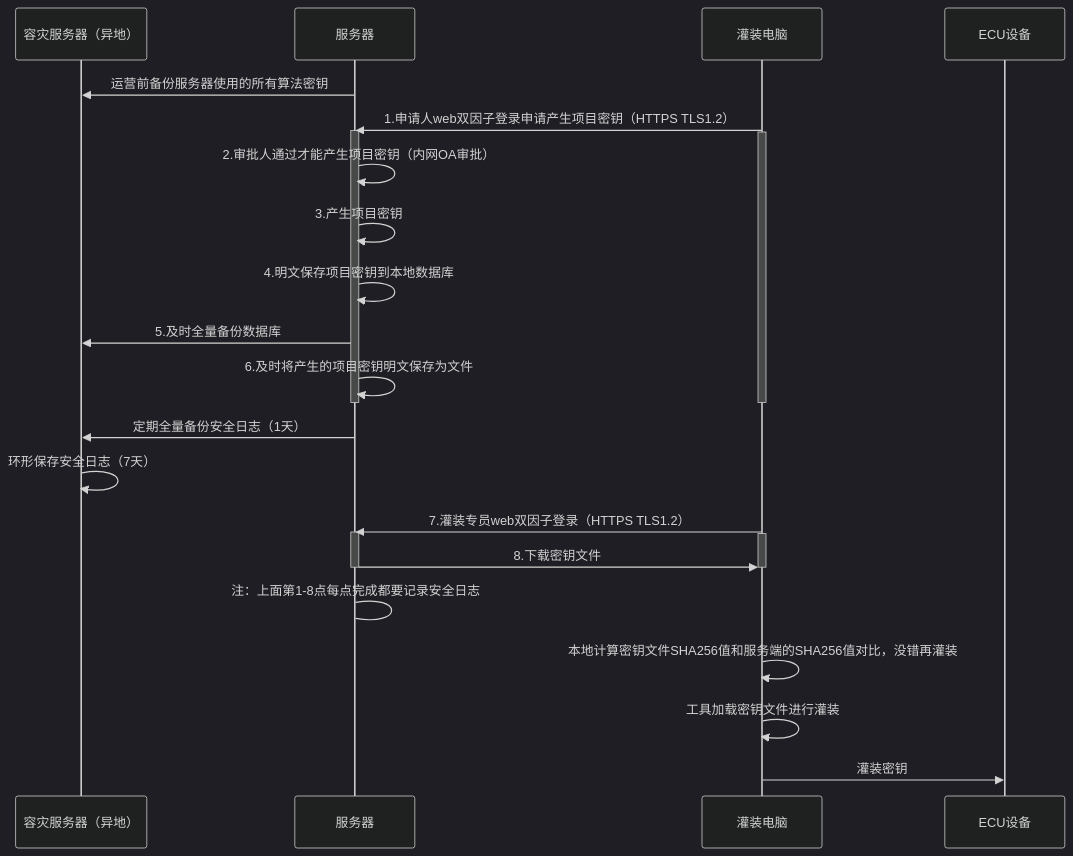
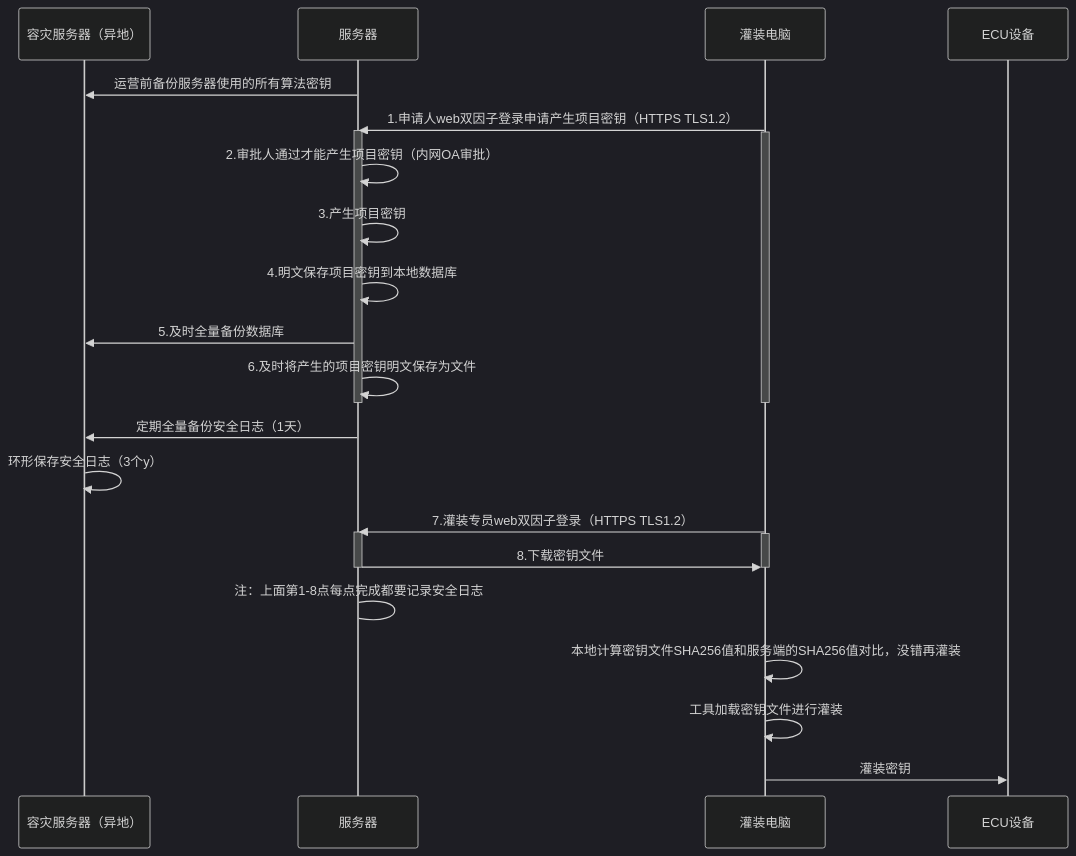
Before and after one commit to facebook-cloud/iodraw-files: the diagram in all/未命名-18.md, drawn with Mermaid (dark theme).

Commit message:
2026-03-16 17:38:57 update

````diff
--- a/all/未命名-18.md
+++ b/all/未命名-18.md
@@ -1,35 +1,35 @@
 ```mermaid
 sequenceDiagram
     participant A as 容灾服务器（异地）
     participant B as 服务器
     participant D as 灌装电脑
     participant E as ECU设备
 
     B->>A: 运营前备份服务器使用的所有算法密钥
     D->>B: 1.申请人web双因子登录申请产生项目密钥（HTTPS TLS1.2）
     activate B
     activate D
     B->>B: 2.审批人通过才能产生项目密钥（内网OA审批）
     B->>B: 3.产生项目密钥
     B->>B: 4.明文保存项目密钥到本地数据库
     B->>A: 5.及时全量备份数据库
     B->>B: 6.及时将产生的项目密钥明文保存为文件
     deactivate B
     deactivate D
 
     B->>A: 定期全量备份安全日志（1天）
-    A->>A: 环形保存安全日志（7天）
+    A->>A: 环形保存安全日志（3个y）
     
     D->>B: 7.灌装专员web双因子登录（HTTPS TLS1.2）
     activate B
     activate D
     B->>D: 8.下载密钥文件
     deactivate B
     deactivate D
     B->B: 注：上面第1-8点每点完成都要记录安全日志
 
     D->>D:本地计算密钥文件SHA256值和服务端的SHA256值对比，没错再灌装
     D->>D:工具加载密钥文件进行灌装
     
     D->>E: 灌装密钥
 ```
````
